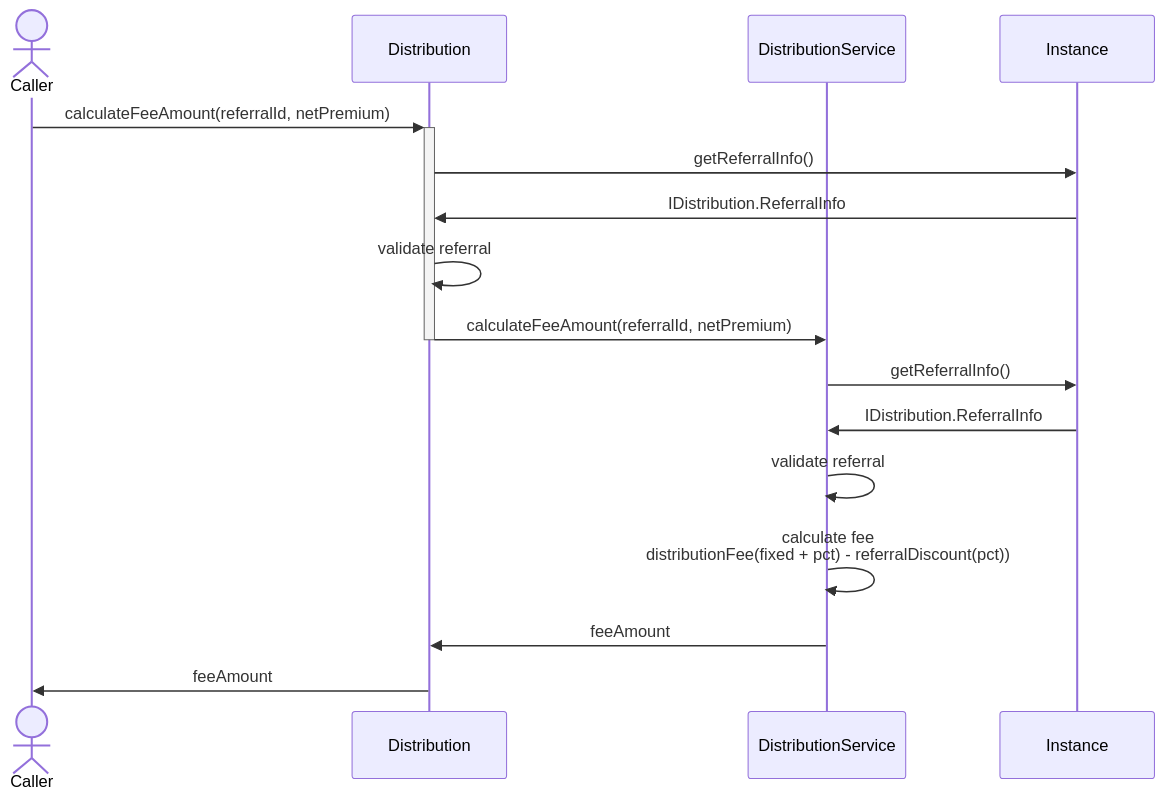
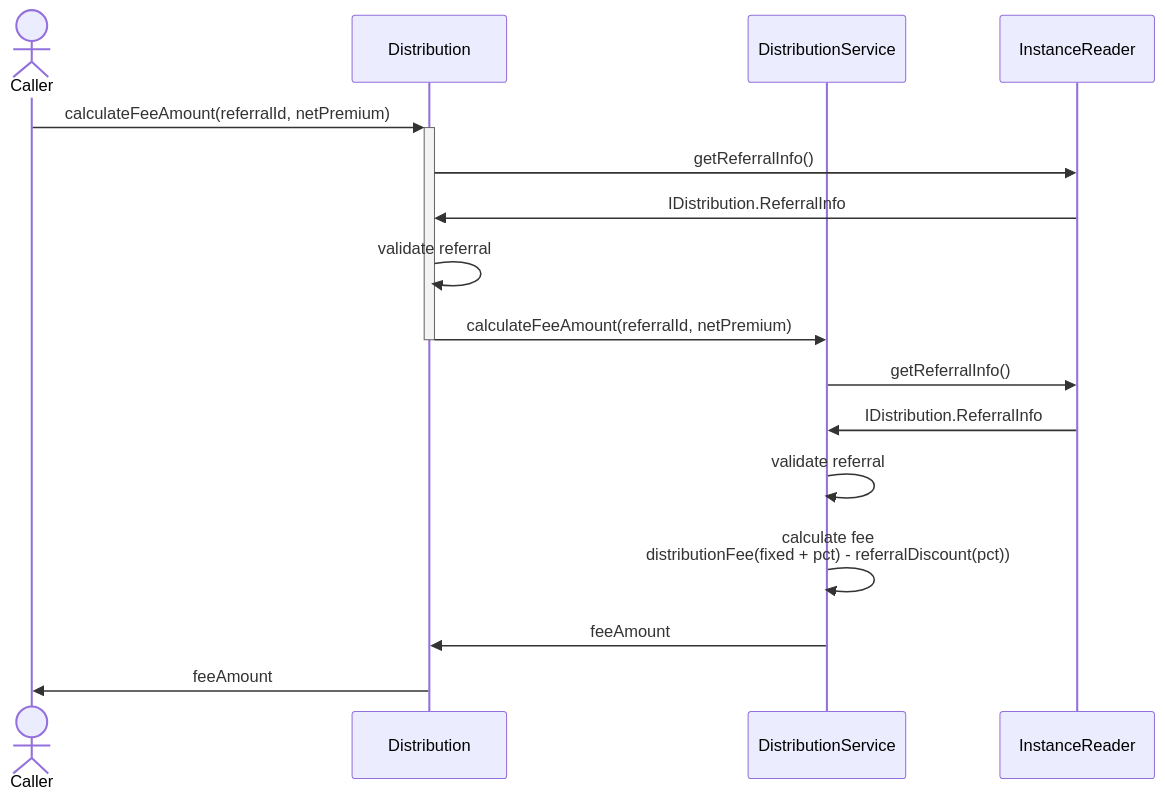
Before and after one commit to etherisc/gif-next: the fourth of 5 diagrams in docs_manual/distribution.md, drawn with Mermaid. The commit also changed other lines of this file and 1 other file, not shown here.

Commit message:
update sequences (#240)

````diff
--- a/docs_manual/distribution.md
+++ b/docs_manual/distribution.md
@@ -68,19 +62,19 @@
 ```mermaid
 sequenceDiagram
     actor C as Caller
     participant D as Distribution
     participant DS as DistributionService
-    participant I as Instance
+    participant IR as InstanceReader
     
     C ->> +D: calculateFeeAmount(referralId, netPremium)
-    D ->> I: getReferralInfo()
-    I ->> D: IDistribution.ReferralInfo
+    D ->> IR: getReferralInfo()
+    IR ->> D: IDistribution.ReferralInfo
     D ->> D: validate referral
     D ->> -DS: calculateFeeAmount(referralId, netPremium)
-    DS ->> I: getReferralInfo()
-    I ->> DS: IDistribution.ReferralInfo
+    DS ->> IR: getReferralInfo()
+    IR ->> DS: IDistribution.ReferralInfo
     DS ->> DS: validate referral
     DS ->> DS: calculate fee <br>distributionFee(fixed + pct) - referralDiscount(pct)) 
     DS ->> D: feeAmount
     D ->> C: feeAmount
 ```
````
